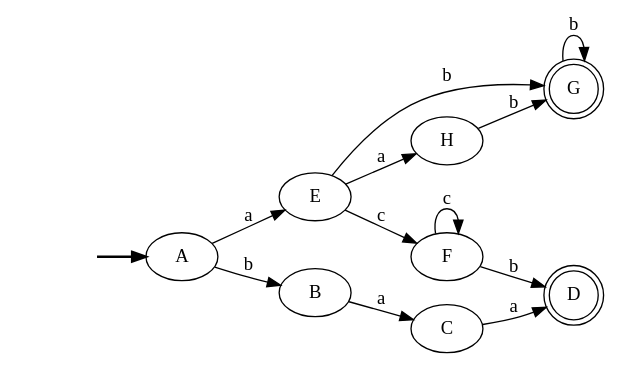
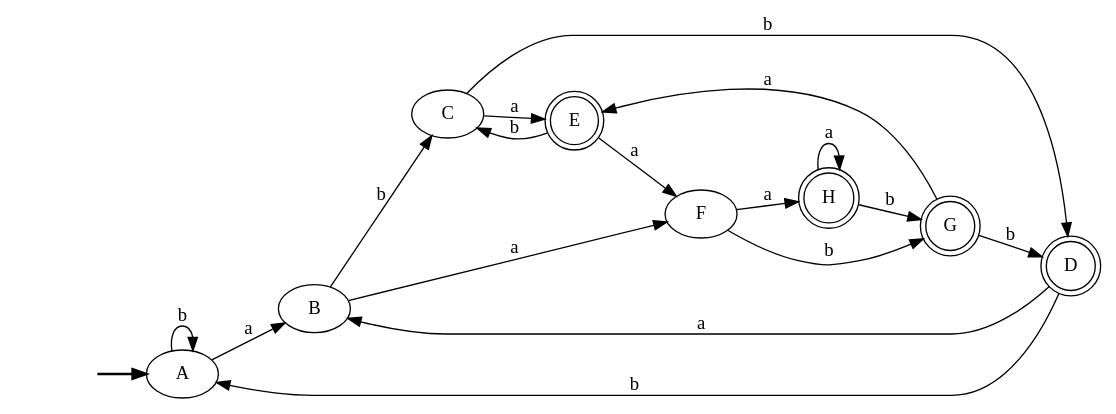
The diagram in output/AFDD.gv (Estuardo07/Lab_B), drawn with Graphviz before and after one commit. The commit also changed 16 other files, not shown here.

```diff
--- a/output/AFDD.gv
+++ b/output/AFDD.gv
@@ -1,24 +1,29 @@
 digraph {
 	fake [style=invisible]
+	B
+	A [root=true]
 	D [shape=doublecircle]
+	H [shape=doublecircle]
+	C
+	F
 	G [shape=doublecircle]
-	H
-	E
-	F
-	C
-	A [root=true]
-	B
+	E [shape=doublecircle]
 	fake -> A [style=bold]
-	E -> G [label=b]
-	C -> D [label=a]
-	G -> G [label=b]
+	A -> A [label=b]
+	E -> C [label=b]
+	D -> B [label=a]
+	C -> E [label=a]
+	A -> B [label=a]
+	G -> E [label=a]
+	F -> G [label=b]
+	G -> D [label=b]
+	E -> F [label=a]
+	B -> F [label=a]
+	C -> D [label=b]
 	H -> G [label=b]
-	B -> C [label=a]
-	A -> B [label=b]
-	E -> F [label=c]
-	F -> F [label=c]
-	A -> E [label=a]
-	E -> H [label=a]
-	F -> D [label=b]
+	F -> H [label=a]
+	H -> H [label=a]
+	D -> A [label=b]
+	B -> C [label=b]
 	rankdir=LR
 }
```
